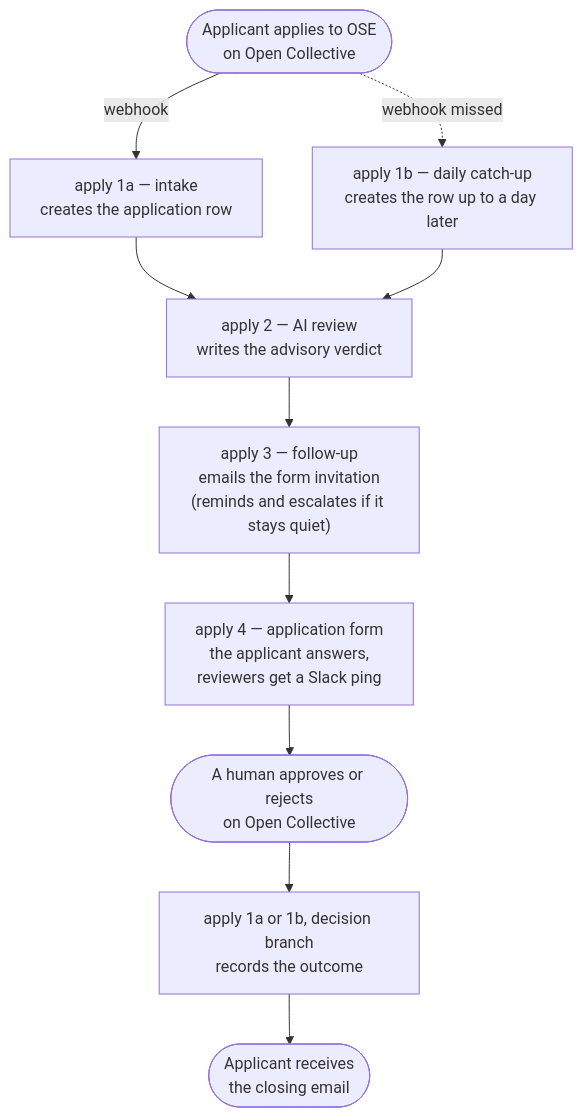
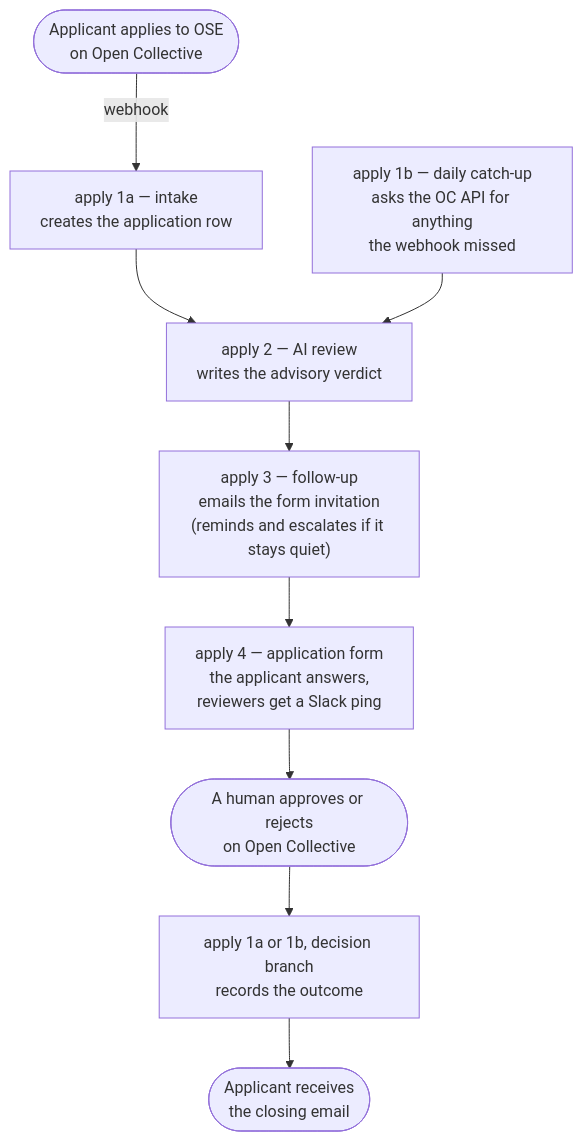
The diagram in automation/README.md (Open-Source-Europe/community), drawn with Mermaid before and after one commit.

Commit message:
docs: apply 1b is its own starting point on the diagram, it pulls from OC
Refs #13

````diff
--- a/automation/README.md
+++ b/automation/README.md
@@ -51,13 +51,13 @@
 ```mermaid
 flowchart TD
     START(["Applicant applies to OSE<br>on Open Collective"])
     START -->|"webhook"| A1a["apply 1a — intake<br>creates the application row"]
-    START -.->|"webhook missed"| A1b["apply 1b — daily catch-up<br>creates the row up to a day later"]
+    A1b["apply 1b — daily catch-up<br>asks the OC API for anything<br>the webhook missed"]
     A1a --> A2["apply 2 — AI review<br>writes the advisory verdict"]
     A1b --> A2
     A2 --> A3["apply 3 — follow-up<br>emails the form invitation<br>(reminds and escalates if it stays quiet)"]
     A3 --> A4["apply 4 — application form<br>the applicant answers,<br>reviewers get a Slack ping"]
     A4 --> HUMAN(["A human approves or rejects<br>on Open Collective"])
     HUMAN --> A5["apply 1a or 1b, decision branch<br>records the outcome"]
     A5 --> END(["Applicant receives<br>the closing email"])
 ```
````
